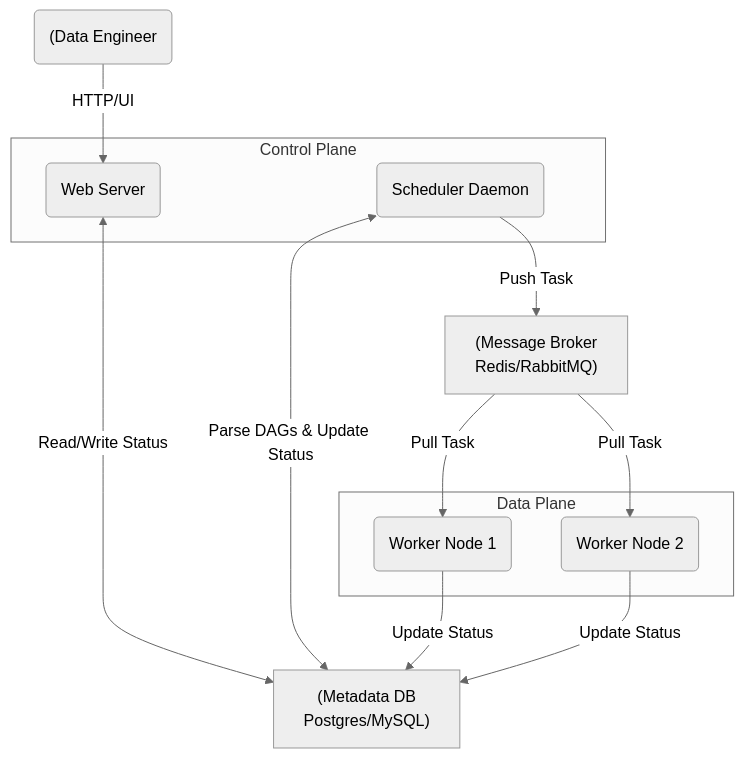
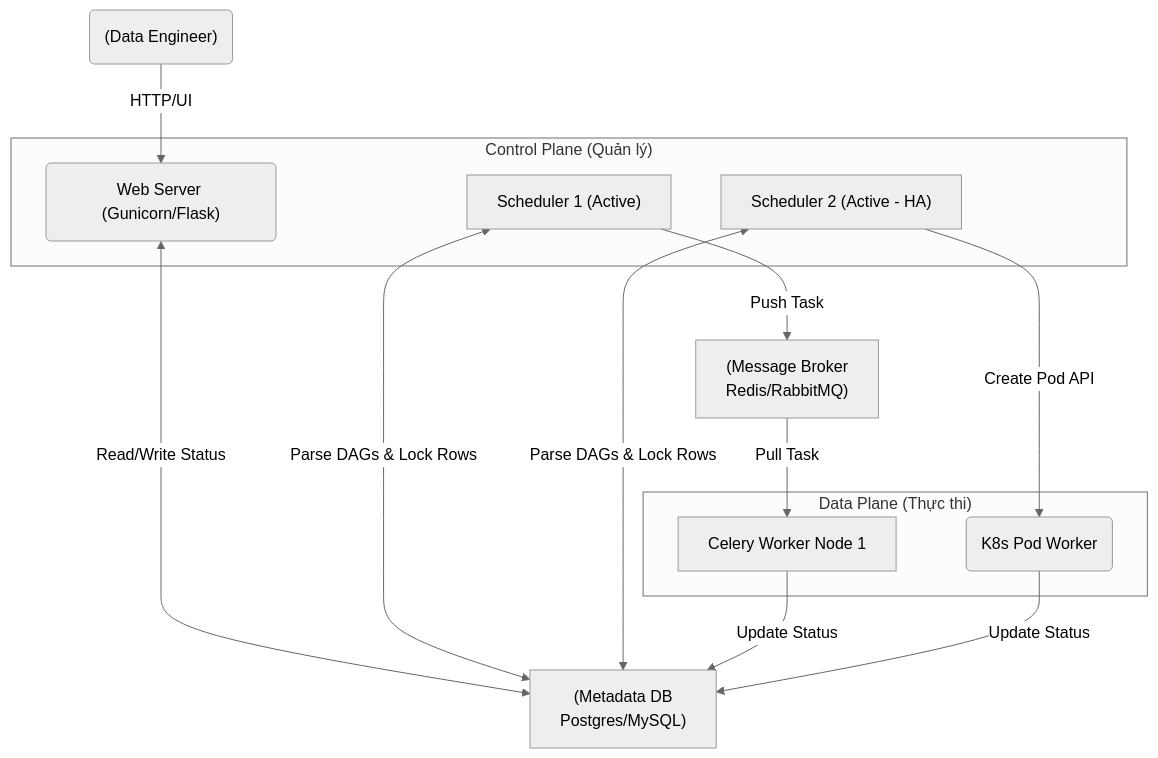
Before and after one commit to kythuatdulieu/kythuatdulieu.github.io: the diagram in src/content/docs/concepts/7-dataops-orchestration-quality/apache-airflow.md, drawn with Mermaid (neutral theme). The commit also changed other lines of this file and 228 other files, not shown here.

Commit message:
Fix syntax and rewrite 200+ concepts docs to deep-dive system architecture and add GA4 tracking to quiz app

````diff
--- a/src/content/docs/concepts/7-dataops-orchestration-quality/apache-airflow.md
+++ b/src/content/docs/concepts/7-dataops-orchestration-quality/apache-airflow.md
@@ -20,25 +22,30 @@
 ```mermaid
 flowchart TB
-    User("(Data Engineer") --> |HTTP/UI| WebServer("Web Server")
+    User("(Data Engineer)") --> |HTTP/UI| WebServer("Web Server (Gunicorn/Flask)")
     
-    subgraph Control Plane
+    subgraph Control_Plane ["Control Plane (Quản lý)"]
         WebServer
-        Scheduler("Scheduler Daemon")
+        Scheduler1["Scheduler 1 (Active)"]
+        Scheduler2["Scheduler 2 (Active - HA)"]
     end
     
-    subgraph Data Plane
-        Worker1("Worker Node 1")
-        Worker2("Worker Node 2")
+    subgraph Data_Plane ["Data Plane (Thực thi)"]
+        Worker1["Celery Worker Node 1"]
+        Worker2("K8s Pod Worker")
     end
     
     MetadataDB["(Metadata DB\nPostgres/MySQL)"]
     Queue["(Message Broker\nRedis/RabbitMQ)"]
     
     WebServer <--> |Read/Write Status| MetadataDB
-    Scheduler <--> |Parse DAGs & Update Status| MetadataDB
-    Scheduler --> |Push Task| Queue
+    Scheduler1 <--> |Parse DAGs & Lock Rows| MetadataDB
+    Scheduler2 <--> |Parse DAGs & Lock Rows| MetadataDB
+    
+    Scheduler1 --> |Push Task| Queue
     Queue --> |Pull Task| Worker1
-    Queue --> |Pull Task| Worker2
+    
+    Scheduler2 --> |Create Pod API| Worker2
+    
     Worker1 --> |Update Status| MetadataDB
     Worker2 --> |Update Status| MetadataDB
 ```
````
